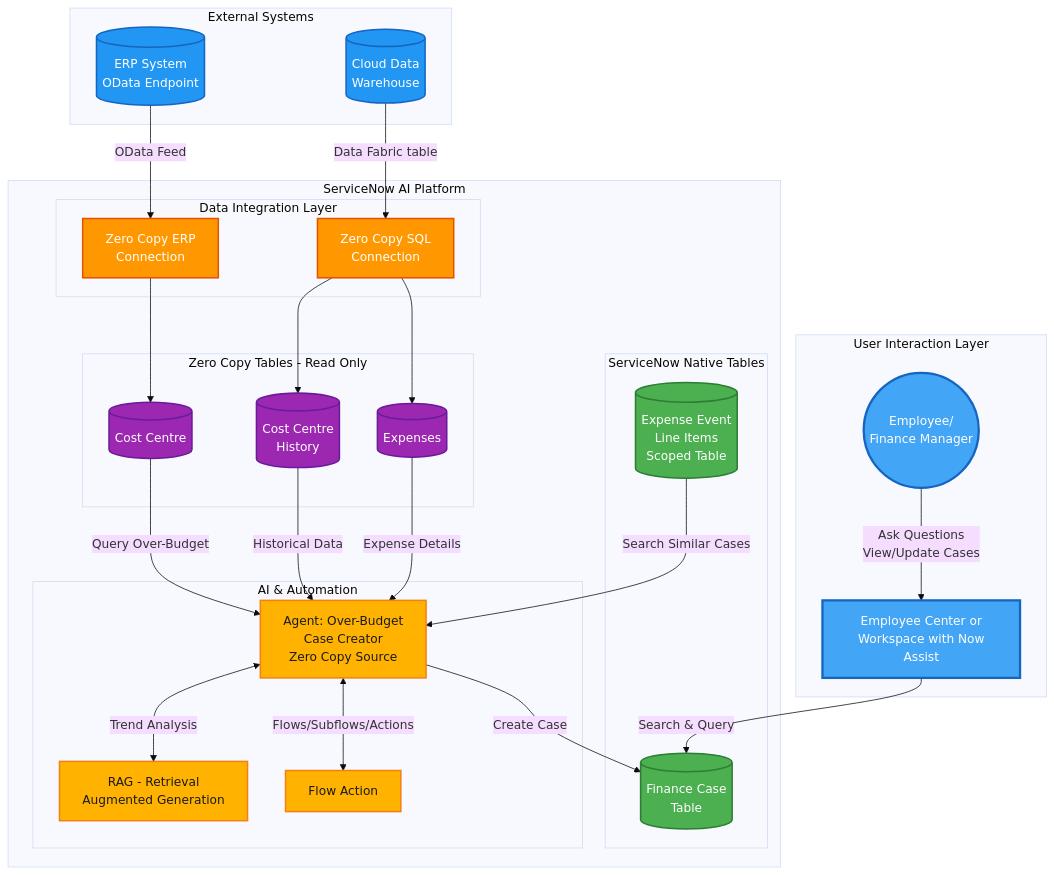
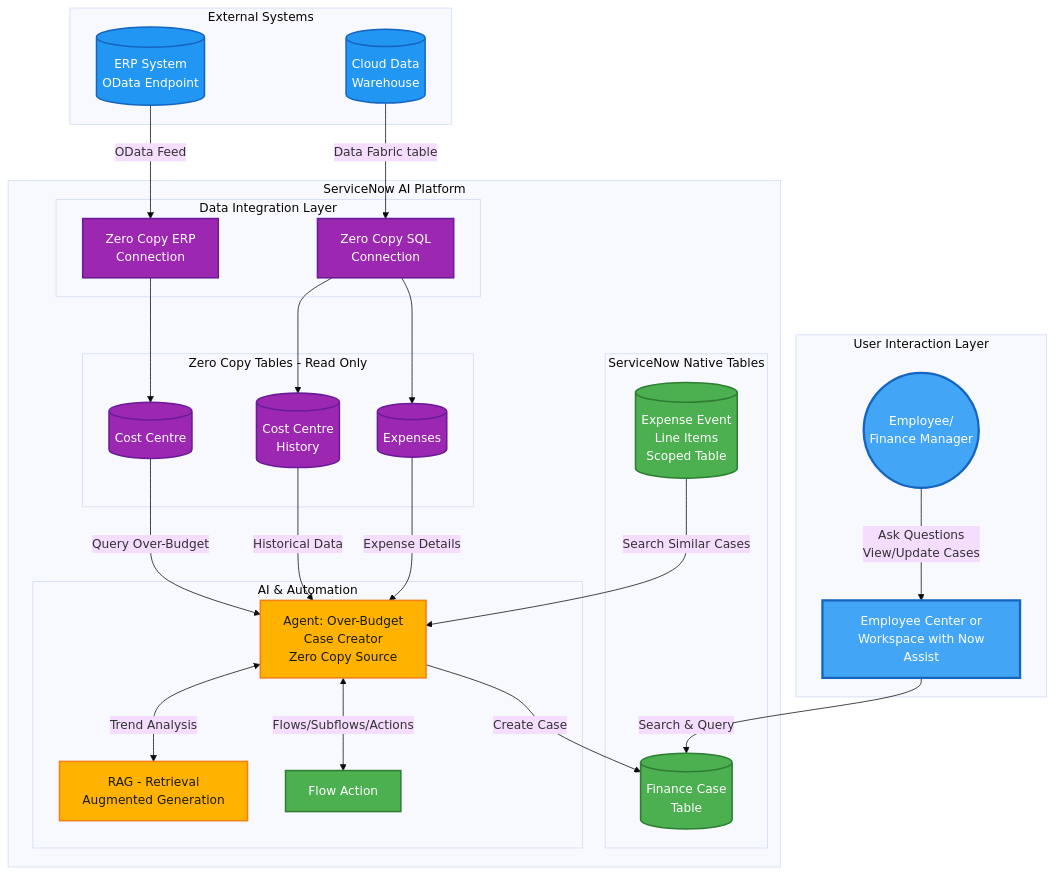
One commit to leojacinto/WorkflowDataFabric-TypeA changed the diagram in main-exercises/lab-exercise-zero-copy-connectors.md. Above: the diagram before and after it, drawn with Mermaid (base theme). The commit also changed 6 other files, not shown here.

Commit message:
Consistent color scheme across all mermaid diagrams: nowassist (amber), platform (green), wdf (purple), external (blue), user (light blue)

````diff
--- a/main-exercises/lab-exercise-zero-copy-connectors.md
+++ b/main-exercises/lab-exercise-zero-copy-connectors.md
@@ -39,73 +39,72 @@
 ```mermaid
 graph TB
     subgraph "User Interaction Layer"
         Employee((Employee/<br/>Finance Manager))
         EC[Employee Center or<br/> Workspace with Now Assist]
     end
 
     subgraph "External Systems"
         ERP[(ERP System<br/>OData Endpoint)]
         CDW[(Cloud Data<br/>Warehouse)]
     end
 
     subgraph "ServiceNow AI Platform"
         subgraph "Data Integration Layer"
             ZeroCopySQL[Zero Copy SQL<br/>Connection]
             ZeroCopyERP[Zero Copy ERP<br/>Connection]
         end
 
         subgraph "Zero Copy Tables - Read Only"
             ZCCC[(Cost Centre)]
             ZCCH[(Cost Centre</br>History)]
             ZCExp[(Expenses)]
         end
 
         subgraph "ServiceNow Native Tables"
             ExpenseTable[(Expense Event<br/>Line Items<br/>Scoped Table)]
             FinCase[(Finance Case<br/>Table)]
         end
 
         subgraph "AI & Automation"
             Agent1[Agent: Over-Budget<br/>Case Creator<br/>Zero Copy Source]
             RAG[RAG - Retrieval<br/>Augmented Generation]
 
             FlowAction[Flow Action]
         end
     end
 
     %% Data Flow Connections
     ERP -->|OData Feed| ZeroCopyERP
     CDW -->|Data Fabric table| ZeroCopySQL
     ZeroCopyERP --> ZCCC
     ZeroCopySQL --> ZCCH
     ZeroCopySQL --> ZCExp
 
     %% Agent 1 Workflow - Zero Copy Source
     ZCCC -->|Query Over-Budget| Agent1
     ZCCH -->|Historical Data| Agent1
     ZCExp -->|Expense Details| Agent1
     ExpenseTable -->|Search Similar Cases| Agent1
     Agent1 -->|Create Case| FinCase
     Agent1 <-->|Trend Analysis| RAG
     Agent1 <-->|Flows/Subflows/Actions| FlowAction
 
     %% User Interaction Connections
     Employee -->|Ask Questions<br/>View/Update Cases| EC
     EC -->|Search & Query| FinCase
 
     %% Styling
     classDef external fill:#2196F3,stroke:#1565C0,stroke-width:2px,color:#fff
-    classDef integration fill:#FF9800,stroke:#E65100,stroke-width:2px,color:#fff
-    classDef zeroCopy fill:#9C27B0,stroke:#6A1B9A,stroke-width:2px,color:#fff
-    classDef native fill:#4CAF50,stroke:#2E7D32,stroke-width:2px,color:#fff
-    classDef ai fill:#FFB300,stroke:#F57F17,stroke-width:2px,color:#1a1a1a
     classDef user fill:#42A5F5,stroke:#1565C0,stroke-width:3px,color:#fff
+    classDef nowassist fill:#FFB300,stroke:#F57F17,stroke-width:2px,color:#1a1a1a
+    classDef platform fill:#4CAF50,stroke:#2E7D32,stroke-width:2px,color:#fff
+    classDef wdf fill:#9C27B0,stroke:#6A1B9A,stroke-width:2px,color:#fff
 
-    class ERP,SharePoint,CDW external
-    class ZeroCopySQL,ZeroCopyERP,ExtContent integration
-    class ZCCC,ZCCH,ZCExp zeroCopy
-    class ExpenseTable,FinCase,FinVar native
-    class Agent1,RAG,NASK,FlowAction,GGraph,NLQuery ai
-    class MockERP,MockCDW external
+    class ERP,CDW external
+    class ZeroCopySQL,ZeroCopyERP wdf
+    class ZCCC,ZCCH,ZCExp wdf
+    class ExpenseTable,FinCase platform
+    class Agent1,RAG nowassist
+    class FlowAction platform
     class Employee,EC user
 ```
````
